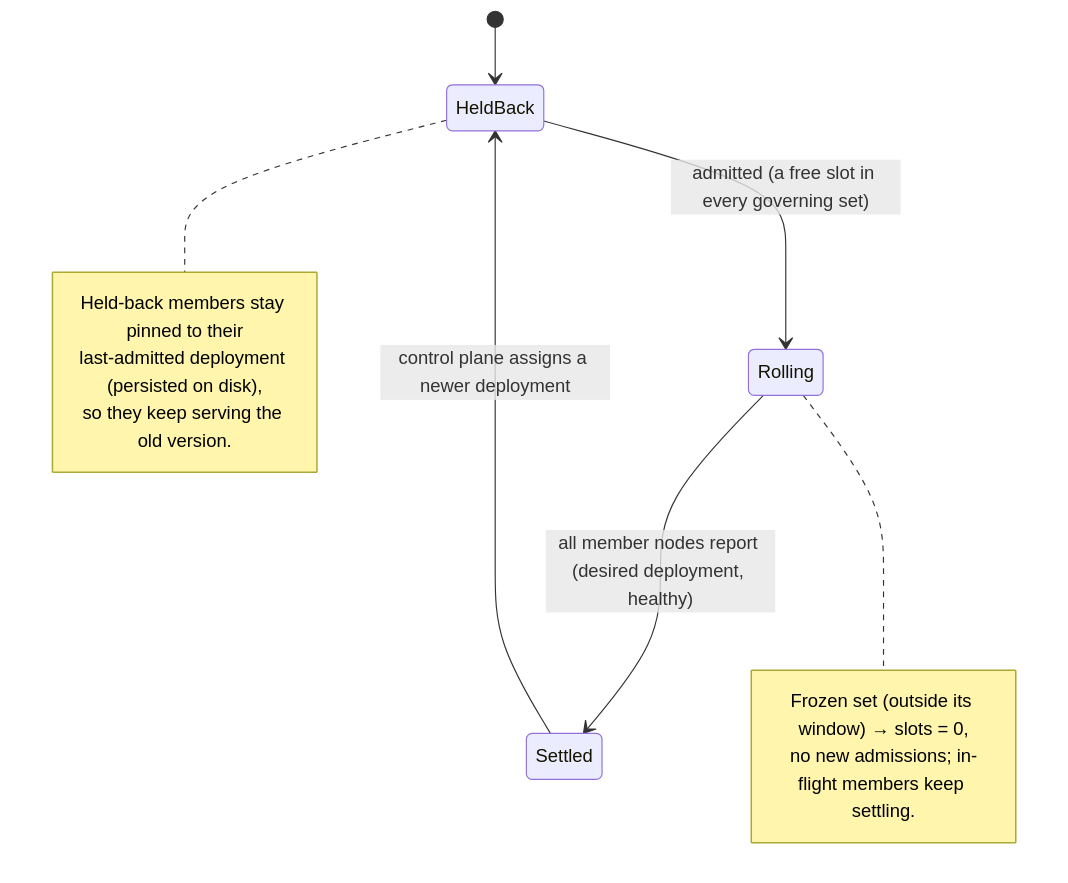
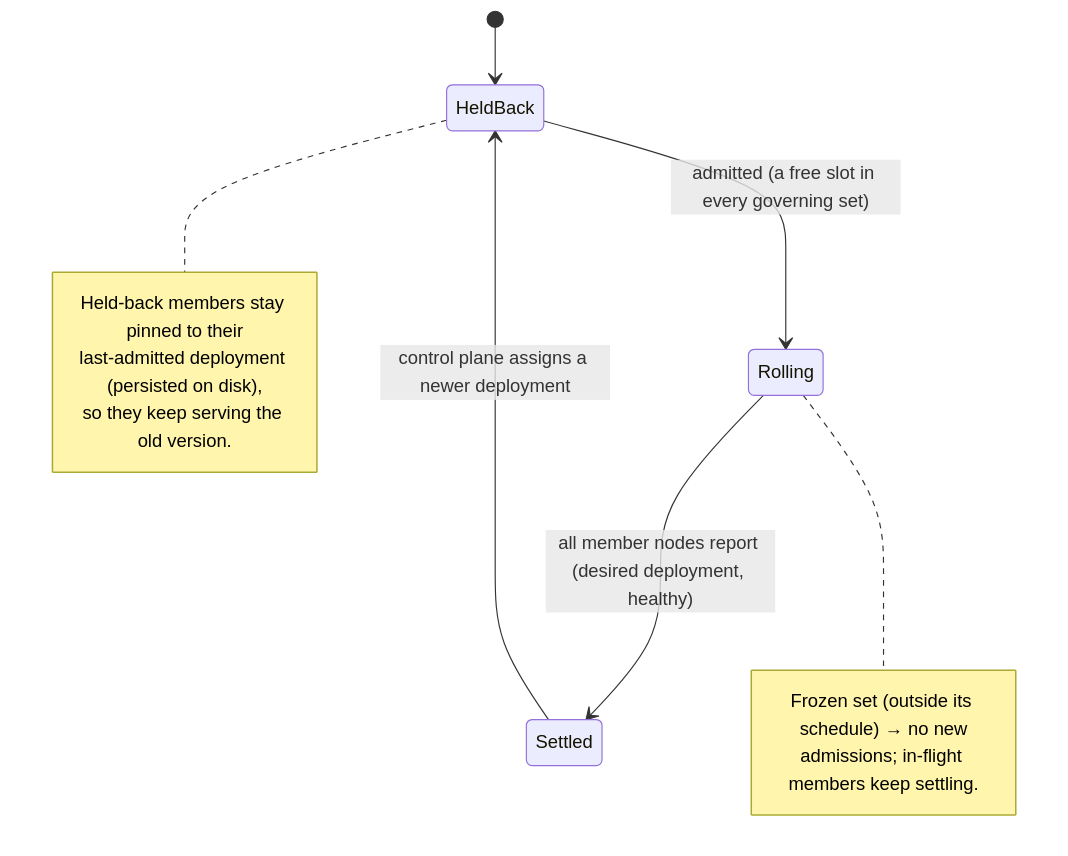
Before and after one commit to evan-hines-js/updatedc: the third of 13 diagrams in docs/state-machines.md, drawn with Mermaid. The commit also changed other lines of this file and 50 other files, not shown here.

````diff
--- a/docs/state-machines.md
+++ b/docs/state-machines.md
@@ -91,16 +91,16 @@
 ```mermaid
 stateDiagram-v2
     [*] --> HeldBack
     HeldBack --> Rolling: admitted (a free slot in every governing set)
     Rolling --> Settled: all member nodes report (desired deployment, healthy)
     Settled --> HeldBack: control plane assigns a newer deployment
     note right of HeldBack
         Held-back members stay pinned to their
         last-admitted deployment (persisted on disk),
         so they keep serving the old version.
     end note
     note right of Rolling
-        Frozen set (outside its window) → slots = 0,
-        no new admissions; in-flight members keep settling.
+        Frozen set (outside its schedule) → no new
+        admissions; in-flight members keep settling.
     end note
 ```
````
